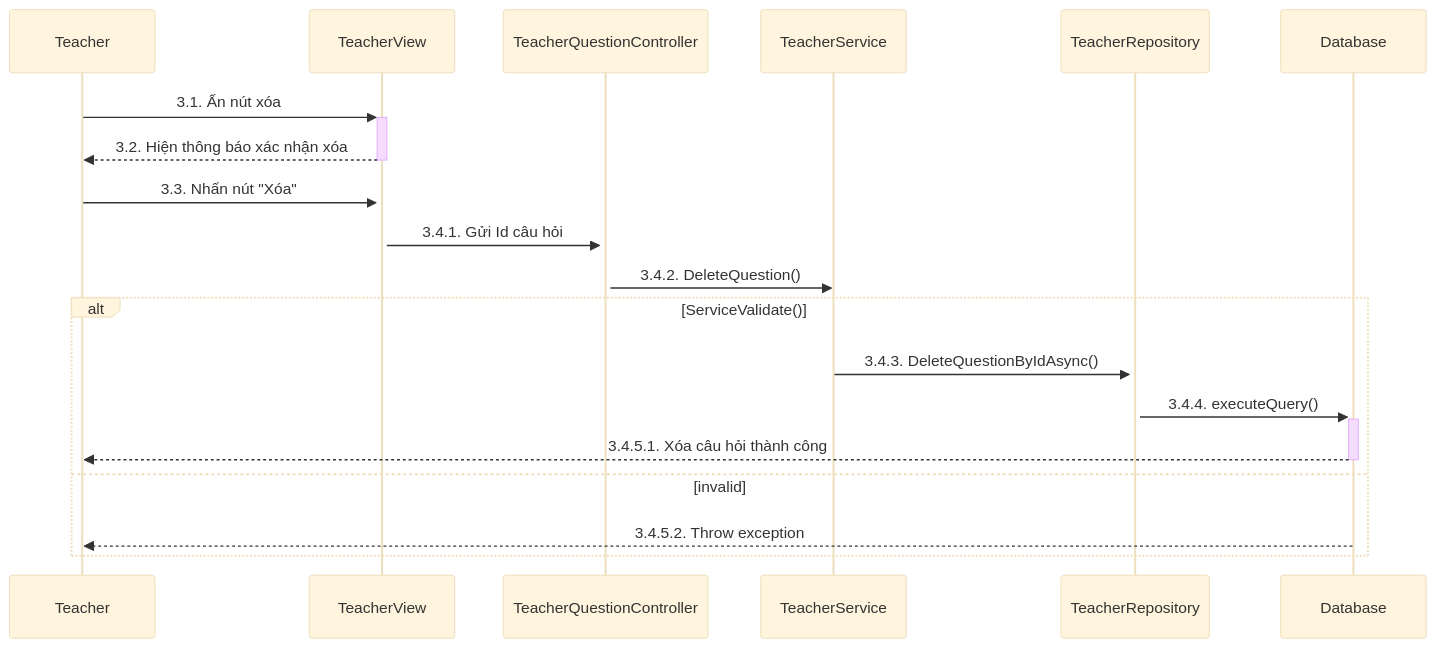
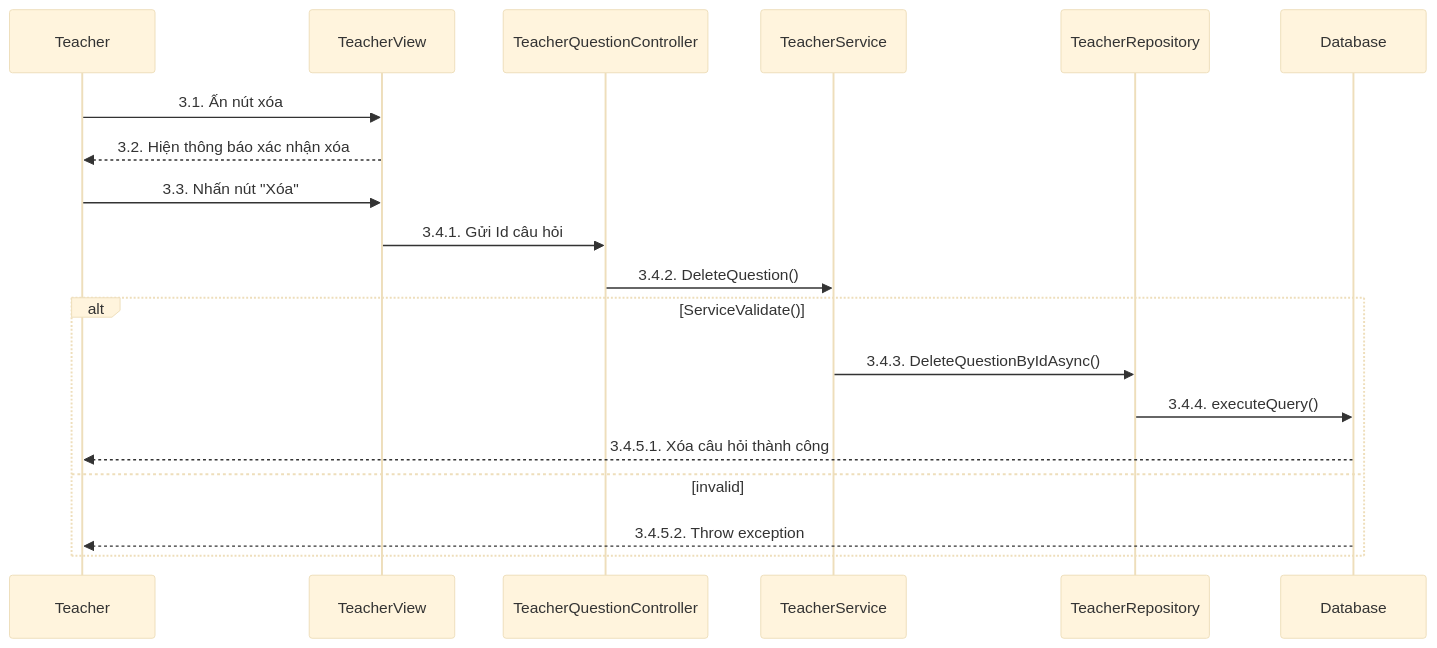
One commit to LienNTB/sequence-CNPM changed the diagram in sequence/teacher/Sequence-3-3.GiangVienXoaCauHoi.mmd. Above: the diagram before and after it, drawn with Mermaid (base theme). The commit also changed 10 other files, not shown here.

```diff
--- a/sequence/teacher/Sequence-3-3.GiangVienXoaCauHoi.mmd
+++ b/sequence/teacher/Sequence-3-3.GiangVienXoaCauHoi.mmd
@@ -1,22 +1,22 @@
 
 sequenceDiagram
     participant Teacher
     participant TeacherView
     participant TeacherQuestionController
     participant TeacherService
     participant TeacherRepository
     participant Database
 
-    Teacher->>+TeacherView: 3.1. Ấn nút xóa
-    TeacherView-->>-Teacher: 3.2. Hiện thông báo xác nhận xóa
-    Teacher->>+TeacherView: 3.3. Nhấn nút "Xóa"
-    TeacherView->>+TeacherQuestionController: 3.4.1. Gửi Id câu hỏi
+    Teacher->>TeacherView: 3.1. Ấn nút xóa
+    TeacherView-->>Teacher: 3.2. Hiện thông báo xác nhận xóa
+    Teacher->>TeacherView: 3.3. Nhấn nút "Xóa"
+    TeacherView->>TeacherQuestionController: 3.4.1. Gửi Id câu hỏi
     TeacherQuestionController->>TeacherService: 3.4.2. DeleteQuestion()
     alt ServiceValidate()
-        TeacherService->>+TeacherRepository: 3.4.3. DeleteQuestionByIdAsync()
-        TeacherRepository->>+Database: 3.4.4. executeQuery()
+        TeacherService->>TeacherRepository: 3.4.3. DeleteQuestionByIdAsync()
+        TeacherRepository->>Database: 3.4.4. executeQuery()
 
-        Database-->>-Teacher: 3.4.5.1. Xóa câu hỏi thành công
+        Database-->>Teacher: 3.4.5.1. Xóa câu hỏi thành công
     else invalid
         Database-->>Teacher: 3.4.5.2. Throw exception
     end
```
